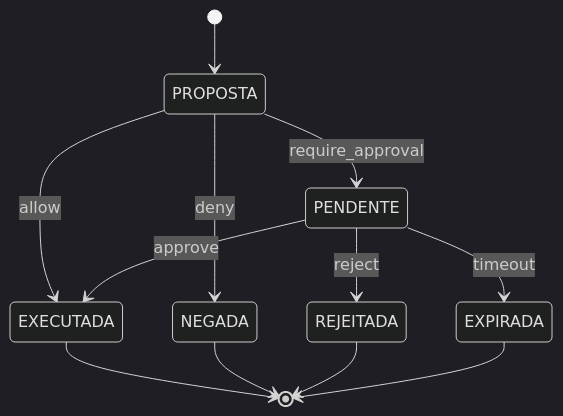
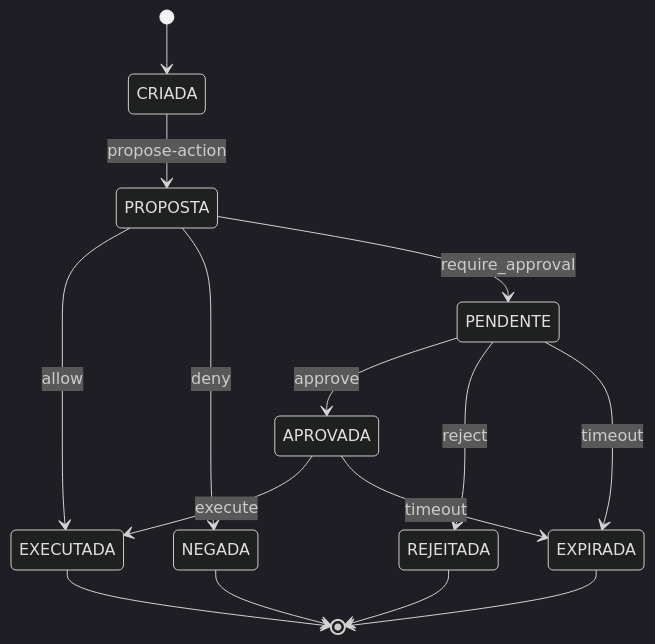
Before and after one commit to danrley-ribeiro/fin-dept-multiagents-project: the diagram in entregas/dsm1/modelos-editaveis/protocols_fsm_PROT-APR.mmd, drawn with Mermaid (dark theme). The commit also changed 124 other files, not shown here.

```diff
--- a/entregas/dsm1/modelos-editaveis/protocols_fsm_PROT-APR.mmd
+++ b/entregas/dsm1/modelos-editaveis/protocols_fsm_PROT-APR.mmd
@@ -1,12 +1,15 @@
 stateDiagram-v2
-    [*] --> PROPOSTA
+    [*] --> CRIADA
+    CRIADA --> PROPOSTA: propose-action
     PROPOSTA --> EXECUTADA: allow
     PROPOSTA --> NEGADA: deny
     PROPOSTA --> PENDENTE: require_approval
-    PENDENTE --> EXECUTADA: approve
+    PENDENTE --> APROVADA: approve
     PENDENTE --> REJEITADA: reject
     PENDENTE --> EXPIRADA: timeout
+    APROVADA --> EXECUTADA: execute
+    APROVADA --> EXPIRADA: timeout
     EXECUTADA --> [*]
     NEGADA --> [*]
     REJEITADA --> [*]
     EXPIRADA --> [*]
```
